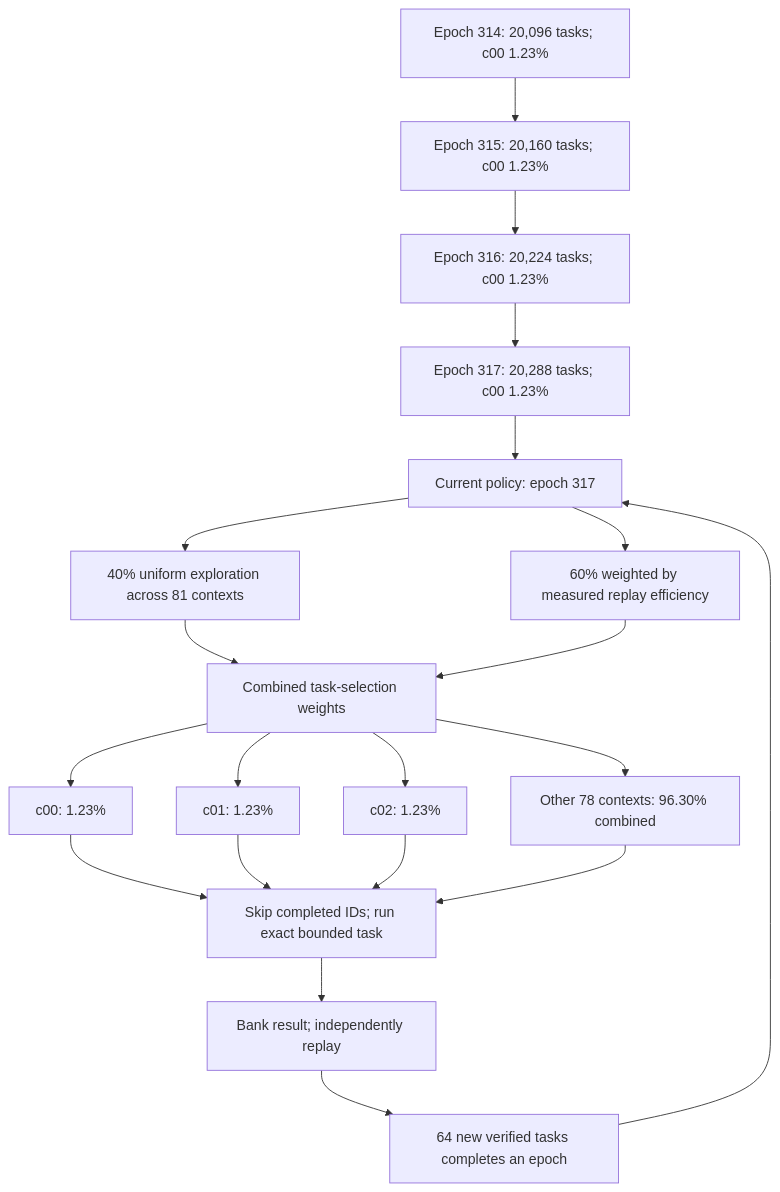
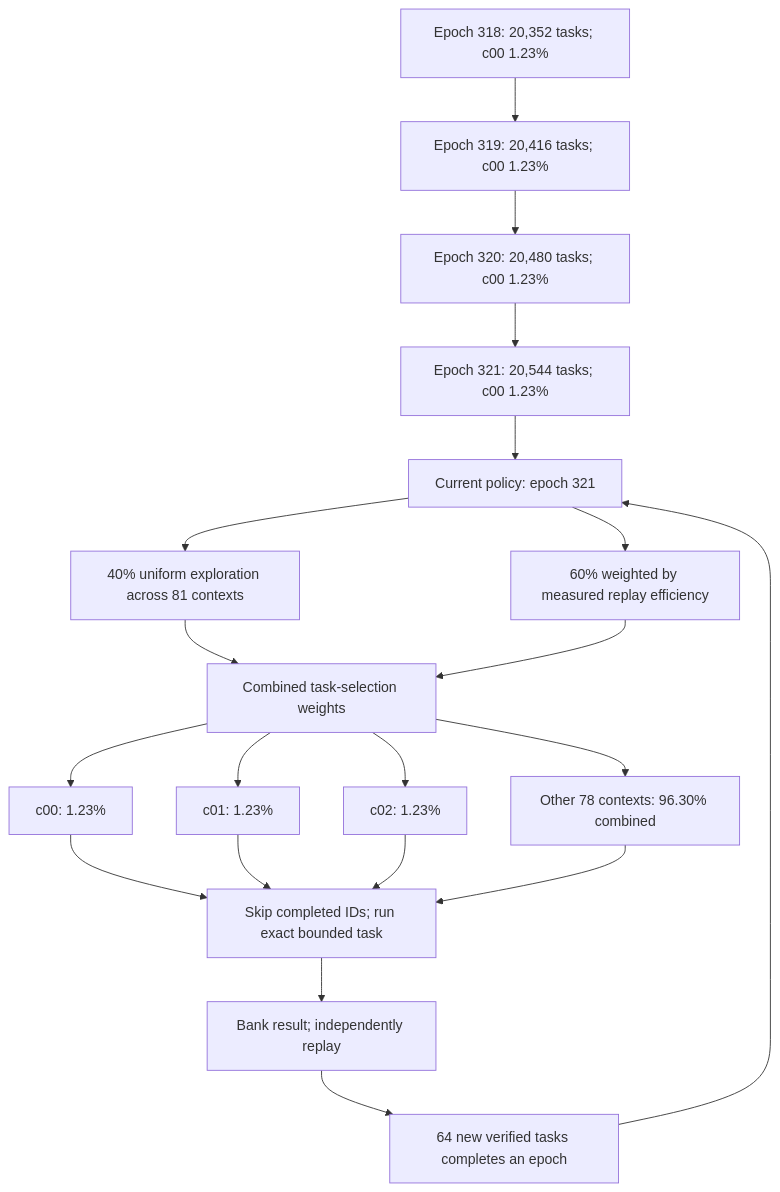
The first of 2 diagrams in README.md (Kuberwastaken/math-gambling), drawn with Mermaid before and after one commit. The commit also changed other lines of this file and 600 other files, not shown here.

````diff
--- a/README.md
+++ b/README.md
@@ -49,27 +49,27 @@
 ```mermaid
 flowchart TD
-    H0["Epoch 314: 20,096 tasks; c00 1.23%"]
-    H1["Epoch 315: 20,160 tasks; c00 1.23%"]
+    H0["Epoch 318: 20,352 tasks; c00 1.23%"]
+    H1["Epoch 319: 20,416 tasks; c00 1.23%"]
     H0 --> H1
-    H2["Epoch 316: 20,224 tasks; c00 1.23%"]
+    H2["Epoch 320: 20,480 tasks; c00 1.23%"]
     H1 --> H2
-    H3["Epoch 317: 20,288 tasks; c00 1.23%"]
+    H3["Epoch 321: 20,544 tasks; c00 1.23%"]
     H2 --> H3
-    Policy["Current policy: epoch 317"]
+    Policy["Current policy: epoch 321"]
     H3 --> Policy
     Policy --> Explore["40% uniform exploration across 81 contexts"]
     Policy --> Cost["60% weighted by measured replay efficiency"]
     Explore --> Mix["Combined task-selection weights"]
     Cost --> Mix
     Mix --> C0["c00: 1.23%"]
     Mix --> C1["c01: 1.23%"]
     Mix --> C2["c02: 1.23%"]
     Mix --> Rest["Other 78 contexts: 96.30% combined"]
     C0 --> Check["Skip completed IDs; run exact bounded task"]
     C1 --> Check
     C2 --> Check
     Rest --> Check
     Check --> Replay["Bank result; independently replay"]
     Replay --> Gate["64 new verified tasks completes an epoch"]
     Gate --> Policy
 ```
````
